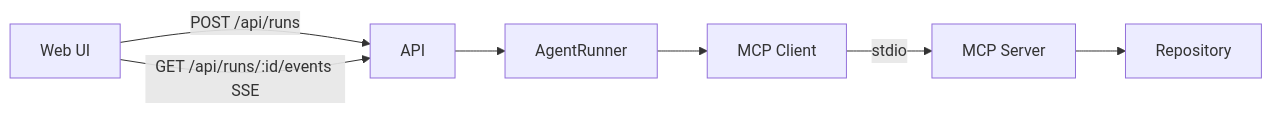
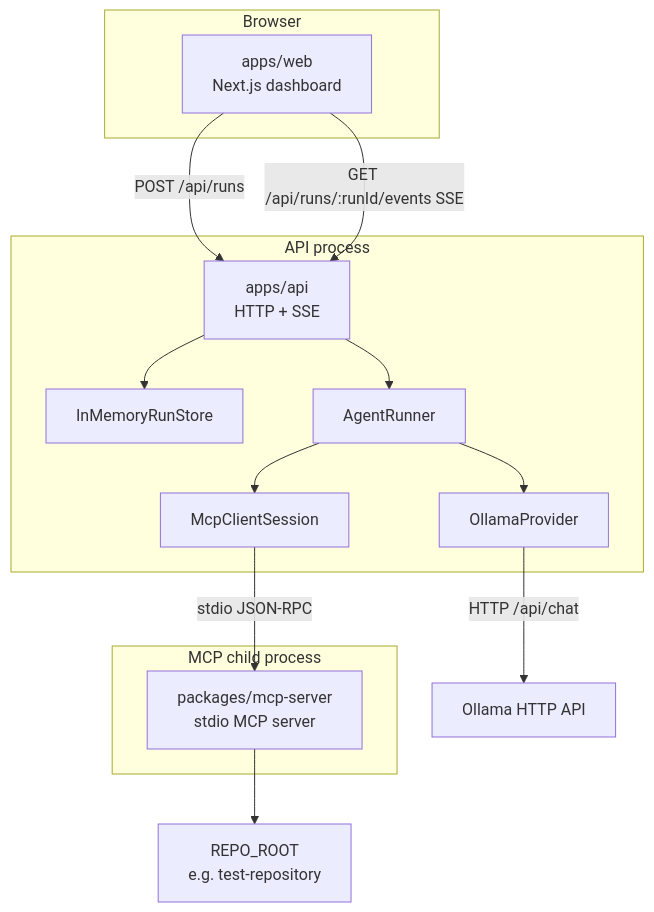
One commit to orpazavdaev/ai-agent-platform changed the first of 5 diagrams in docs/architecture.md. Above: the diagram before and after it, drawn with Mermaid. The commit also changed other lines of this file, not shown here.

Commit message:
Create Architecture Documentation

````diff
--- a/docs/architecture.md
+++ b/docs/architecture.md
@@ -5,9 +9,31 @@
 ```mermaid
-flowchart LR
-  ui["Web UI"] -->|POST /api/runs| api["API"]
-  ui -->|GET /api/runs/:id/events SSE| api
-  api --> agent["AgentRunner"]
-  agent --> mcpClient["MCP Client"]
-  mcpClient -->|stdio| mcpServer["MCP Server"]
-  mcpServer --> repo["Repository"]
+flowchart TB
+  subgraph browser ["Browser"]
+    web["apps/web<br/>Next.js dashboard"]
+  end
+
+  subgraph apiProcess ["API process"]
+    api["apps/api<br/>HTTP + SSE"]
+    store["InMemoryRunStore"]
+    runner["AgentRunner"]
+    llm["OllamaProvider"]
+    mcpClient["McpClientSession"]
+    api --> store
+    api --> runner
+    runner --> llm
+    runner --> mcpClient
+  end
+
+  subgraph mcpProcess ["MCP child process"]
+    mcpServer["packages/mcp-server<br/>stdio MCP server"]
+  end
+
+  repo["REPO_ROOT<br/>e.g. test-repository"]
+  ollama["Ollama HTTP API"]
+
+  web -->|"POST /api/runs"| api
+  web -->|"GET /api/runs/:runId/events SSE"| api
+  mcpClient -->|"stdio JSON-RPC"| mcpServer
+  mcpServer --> repo
+  llm -->|"HTTP /api/chat"| ollama
 ```
````
